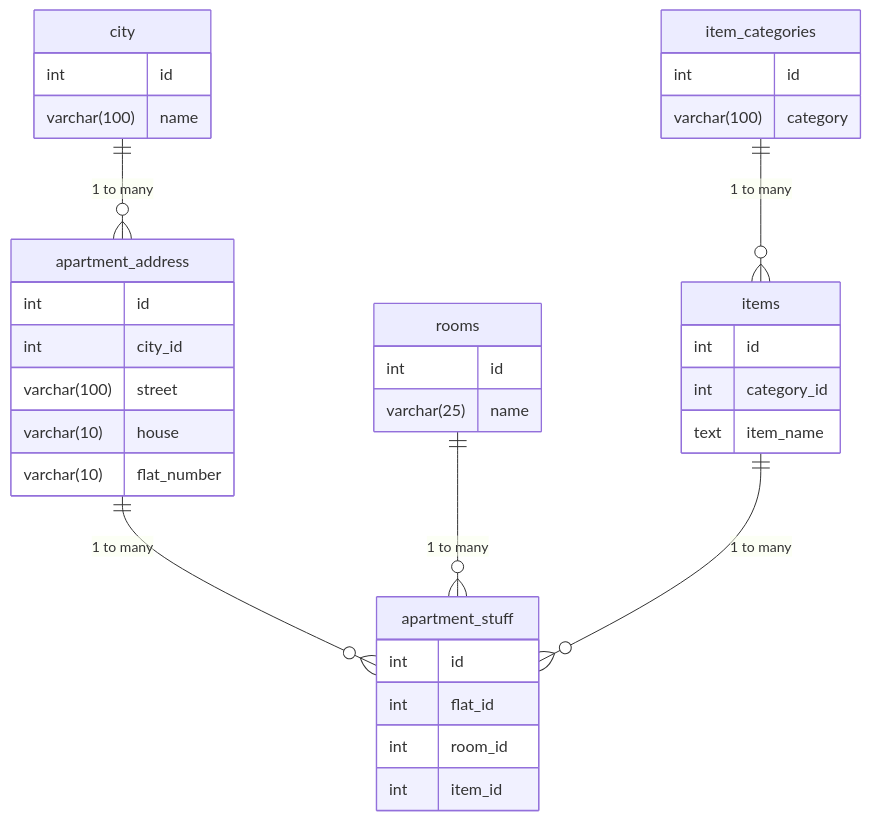
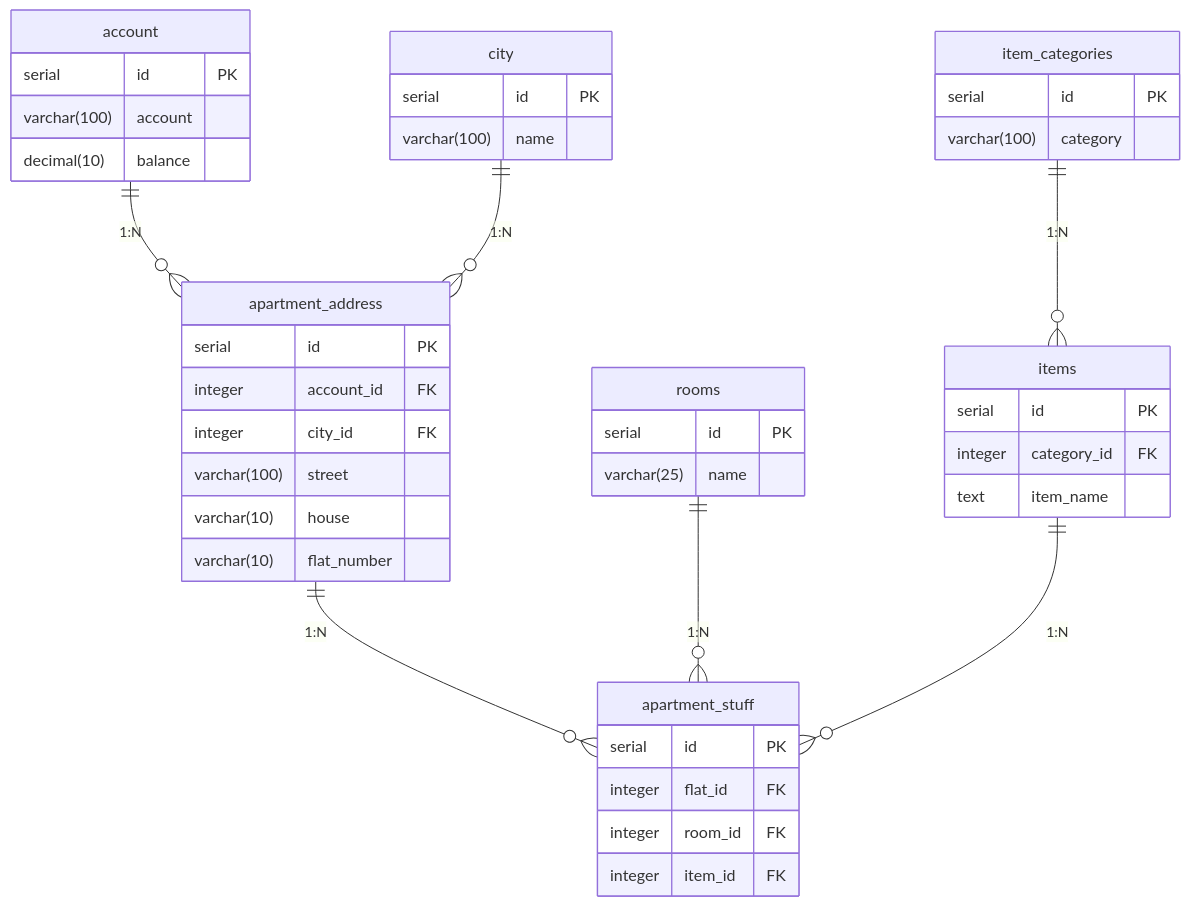
One commit to svmyhome/apartment changed the diagram in readme.md. Above: the diagram before and after it, drawn with Mermaid. The commit also changed other lines of this file, not shown here.

Commit message:
modify db schema

````diff
--- a/readme.md
+++ b/readme.md
@@ -44,44 +52,52 @@
 ```mermaid
 erDiagram
-    city ||--o{ apartment_address : "1 to many"
-    apartment_address ||--o{ apartment_stuff : "1 to many"
-    rooms ||--o{ apartment_stuff : "1 to many"
-    items ||--o{ apartment_stuff : "1 to many"
-    item_categories ||--o{ items : "1 to many"
+    account ||--o{ apartment_address: "1:N"
+    city ||--o{ apartment_address: "1:N"
+    apartment_address ||--o{ apartment_stuff: "1:N"
+    rooms ||--o{ apartment_stuff: "1:N"
+    items ||--o{ apartment_stuff: "1:N"
+    item_categories ||--o{ items: "1:N"
+
+    account {
+        serial id PK
+        varchar(100) account
+        decimal(10) balance
+    }
 
     city {
-        int id
+        serial id PK
         varchar(100) name
     }
 
     apartment_address {
-        int id
-        int city_id
+        serial id PK
+        integer account_id FK
+        integer city_id FK
         varchar(100) street
         varchar(10) house
         varchar(10) flat_number
     }
 
     rooms {
-        int id
+        serial id PK
         varchar(25) name
     }
 
     item_categories {
-        int id
+        serial id PK
         varchar(100) category
     }
 
     items {
-        int id
-        int category_id
+        serial id PK
+        integer category_id FK
         text item_name
     }
 
     apartment_stuff {
-        int id
-        int flat_id
-        int room_id
-        int item_id
+        serial id PK
+        integer flat_id FK
+        integer room_id FK
+        integer item_id FK
     }
 ```
````
